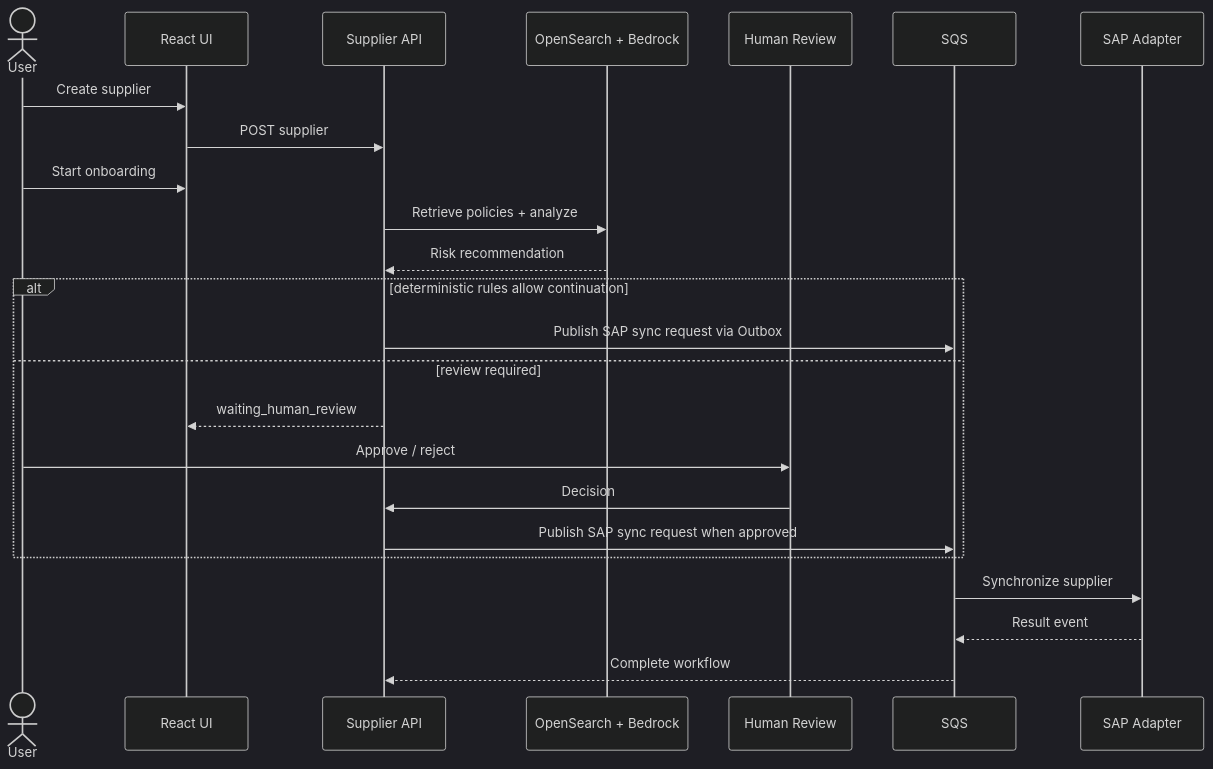
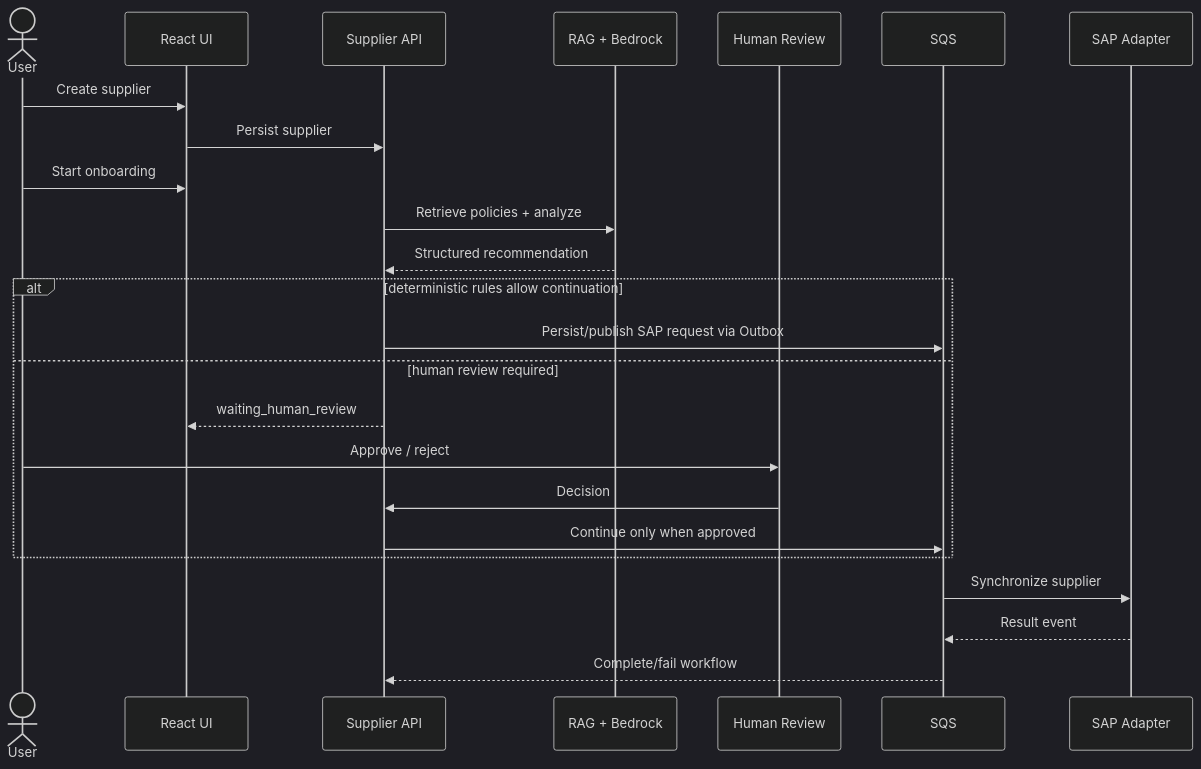
The second of 2 diagrams in docs/BUSINESS_OVERVIEW.md (danillofratta/supplier-master-ai), drawn with Mermaid (dark theme) before and after one commit. The commit also changed other lines of this file and 24 other files, not shown here.

````diff
--- a/docs/BUSINESS_OVERVIEW.md
+++ b/docs/BUSINESS_OVERVIEW.md
@@ -100,29 +96,29 @@
 ```mermaid
 sequenceDiagram
     actor User
     participant UI as React UI
     participant API as Supplier API
-    participant RAG as OpenSearch + Bedrock
-    participant Review as Human Review
+    participant RAG as RAG + Bedrock
+    participant H as Human Review
     participant Q as SQS
     participant SAP as SAP Adapter
 
     User->>UI: Create supplier
-    UI->>API: POST supplier
+    UI->>API: Persist supplier
     User->>UI: Start onboarding
     API->>RAG: Retrieve policies + analyze
-    RAG-->>API: Risk recommendation
+    RAG-->>API: Structured recommendation
 
     alt deterministic rules allow continuation
-        API->>Q: Publish SAP sync request via Outbox
-    else review required
+        API->>Q: Persist/publish SAP request via Outbox
+    else human review required
         API-->>UI: waiting_human_review
-        User->>Review: Approve / reject
-        Review->>API: Decision
-        API->>Q: Publish SAP sync request when approved
+        User->>H: Approve / reject
+        H->>API: Decision
+        API->>Q: Continue only when approved
     end
 
     Q->>SAP: Synchronize supplier
     SAP-->>Q: Result event
-    Q-->>API: Complete workflow
+    Q-->>API: Complete/fail workflow
 ```
````
